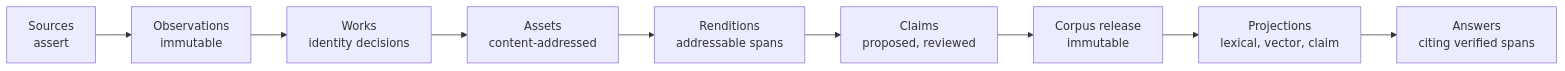
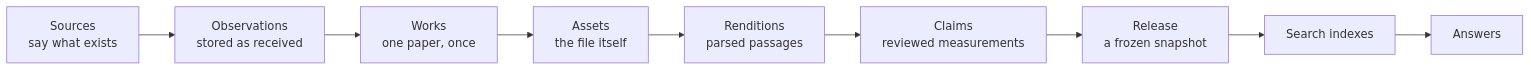
One commit to rpazuki/Lab-AI-Assistant changed the second of 2 diagrams in README.md. Above: the diagram before and after it, drawn with Mermaid. The commit also changed other lines of this file and 12 other files, not shown here.

````diff
--- a/README.md
+++ b/README.md
@@ -13,11 +52,11 @@
 ```mermaid
 flowchart LR
-  S["Sources<br/>assert"] --> O["Observations<br/>immutable"]
-  O --> W["Works<br/>identity decisions"]
-  W --> A["Assets<br/>content-addressed"]
-  A --> R["Renditions<br/>addressable spans"]
-  R --> C["Claims<br/>proposed, reviewed"]
-  C --> RL["Corpus release<br/>immutable"]
-  RL --> P["Projections<br/>lexical, vector, claim"]
-  P --> AN["Answers<br/>citing verified spans"]
+  S["Sources<br/>say what exists"] --> O["Observations<br/>stored as received"]
+  O --> W["Works<br/>one paper, once"]
+  W --> A["Assets<br/>the file itself"]
+  A --> R["Renditions<br/>parsed passages"]
+  R --> C["Claims<br/>reviewed measurements"]
+  C --> RL["Release<br/>a frozen snapshot"]
+  RL --> P["Search indexes"]
+  P --> AN["Answers"]
 ```
````
